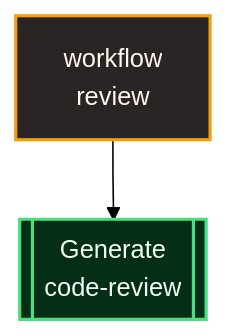
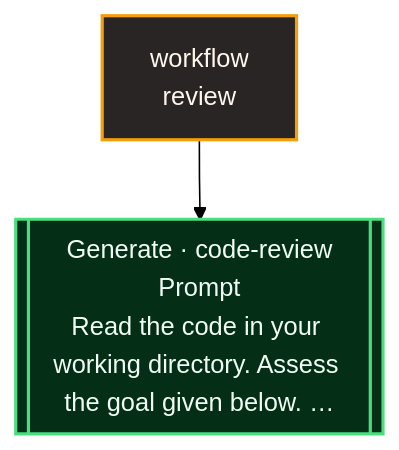
Before and after one commit to tylergannon/gimbal: the diagram in docs-site/src/lib/generated/workflows/review.mmd, drawn with Mermaid (forest theme). The commit also changed 17 other files, not shown here.

Commit message:
Make workflow diagrams explain their behavior

```diff
--- a/docs-site/src/lib/generated/workflows/review.mmd
+++ b/docs-site/src/lib/generated/workflows/review.mmd
@@ -1,14 +1,13 @@
 %% Code generated by gimblegen. DO NOT EDIT.
 flowchart TD
   n1["workflow<br/>review"]:::workflow
-  n2[["Generate<br/>code-review"]]:::generate
+  n2[["Generate · code-review<br/>Prompt<br/>Read the code in your working directory. Assess the goal given below. …"]]:::generate
   n1 --> n2
   classDef workflow fill:#292524,stroke:#f59e0b,color:#fff7ed,stroke-width:2px
   classDef generate fill:#052e16,stroke:#4ade80,color:#f0fdf4,stroke-width:2px
   classDef interview fill:#3b0764,stroke:#c084fc,color:#faf5ff
   classDef command fill:#451a03,stroke:#fbbf24,color:#fffbeb,stroke-width:2px
   classDef structure fill:#2e1065,stroke:#a78bfa,color:#f5f3ff,stroke-width:2px
   classDef arm fill:#172554,stroke:#60a5fa,color:#eff6ff
   classDef exit fill:#262626,stroke:#a3a3a3,color:#fafafa
   classDef diagnostic fill:#450a0a,stroke:#f87171,color:#fef2f2,stroke-width:2px
-  classDef boundary fill:#1c1917,stroke:#78716c,color:#d6d3d1
```
